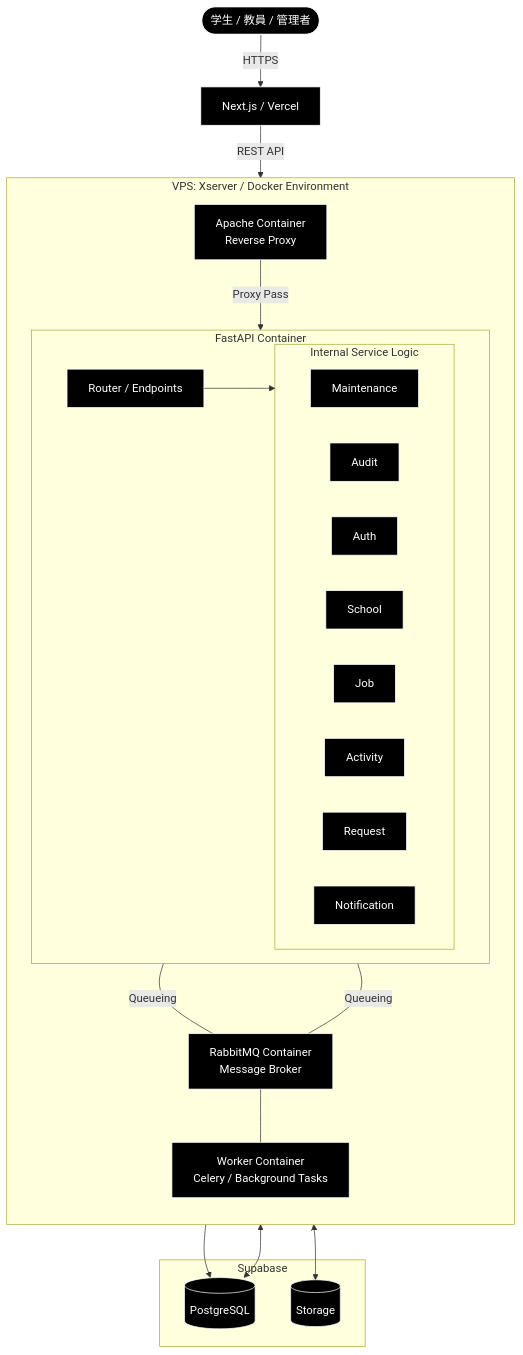
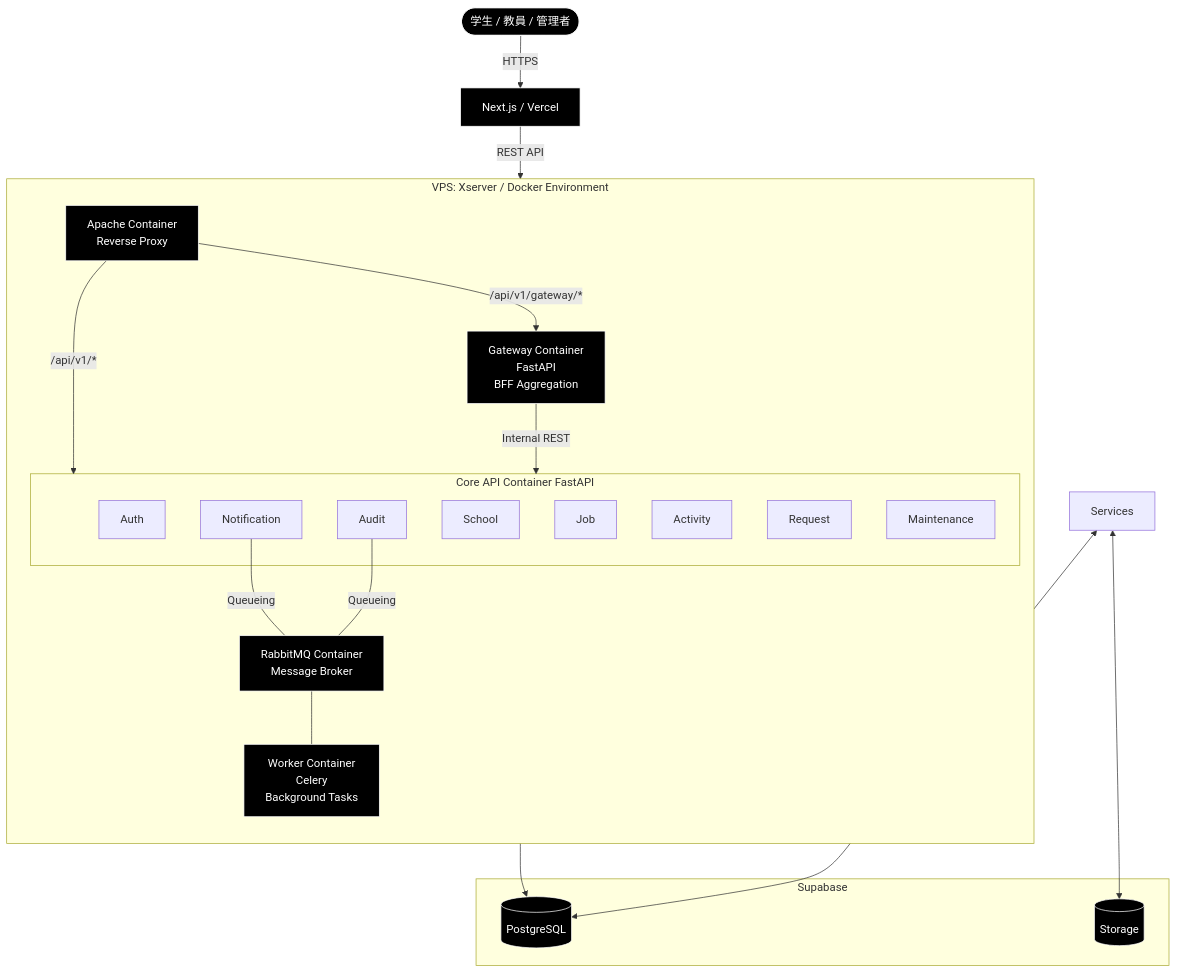
Before and after one commit to torakiti-1128/senlink: the diagram in docs/03_BASIC_DESIGN/01_SYSTEM_CONFIGURATION/01_ARCHITECTURE.md, drawn with Mermaid. The commit also changed other lines of this file, not shown here.

````diff
--- a/docs/03_BASIC_DESIGN/01_SYSTEM_CONFIGURATION/01_ARCHITECTURE.md
+++ b/docs/03_BASIC_DESIGN/01_SYSTEM_CONFIGURATION/01_ARCHITECTURE.md
@@ -7,65 +15,69 @@
 ```mermaid
 graph TB
     %% スタイル定義（黒塗＋白文字＋白枠）
     classDef user fill:#000,stroke:#fff,color:#fff,stroke-width:1px;
     classDef frontend fill:#000,stroke:#fff,color:#fff,stroke-width:1px;
     classDef container fill:#000,stroke:#fff,color:#fff,stroke-width:1px;
     classDef internal fill:#000,stroke:#fff,color:#fff,stroke-width:1px;
     classDef supabase fill:#000,stroke:#fff,color:#fff,stroke-width:1px;
     classDef mq fill:#000,stroke:#fff,color:#fff,stroke-width:1px;
 
     %% ユーザー層
     User([学生 / 教員 / 管理者]):::user
 
     %% フロントエンド層
     Vercel[Next.js / Vercel]:::frontend
 
     %% VPS内部 (Docker Compose)
     subgraph Xserver_VPS [VPS: Xserver / Docker Environment]
         direction TB
-        
+
         Apache[Apache Container<br/>Reverse Proxy]:::container
-        
-        subgraph FastAPI_App [FastAPI Container]
-            direction LR
-            API_Router[Router / Endpoints]:::container
-            
-            subgraph Services [Internal Service Logic]
-                Mnt[Maintenance]:::internal
-                Aud[Audit]:::internal
-                Ath[Auth]:::internal
-                Sch[School]:::internal
-                Job[Job]:::internal
-                Act[Activity]:::internal
-                Req[Request]:::internal
-                Not[Notification]:::internal
-            end
+
+        %% Gateway（BFF）
+        Gateway["Gateway Container<br/>FastAPI<br/>BFF Aggregation"]:::container
+
+        %% Core API（基礎API）
+        subgraph CoreAPI ["Core API Container FastAPI"]
+                Ath[Auth]
+                Sch[School]
+                Job[Job]
+                Act[Activity]
+                Req[Request]
+                Not[Notification]
+                Aud[Audit]
+                Mnt[Maintenance]
         end
 
-        RabbitMQ[RabbitMQ Container<br/>Message Broker]:::mq
-        Worker[Worker Container<br/>Celery / Background Tasks]:::mq
+        RabbitMQ["RabbitMQ Container<br/>Message Broker"]:::mq
+        Worker["Worker Container<br/>Celery<br/>Background Tasks"]:::mq
     end
 
     %% 外部基盤 (Supabase)
     subgraph Supabase_Cloud [Supabase]
         DB[(PostgreSQL)]:::supabase
         Storage[(Storage)]:::supabase
     end
 
     %% 接続関係
     User -->|HTTPS| Vercel
     Vercel -->|REST API| Apache
-    Apache -->|Proxy Pass| API_Router
-    
-    %% FastAPI内部
-    API_Router --> Services
+
+    %% Apache ルーティング
+    Apache -->|/api/v1/*| CoreAPI
+    Apache -->|/api/v1/gateway/*| Gateway
+
+    %% Gateway -> Core API（内部HTTP呼び出し）
+    Gateway -->|Internal REST| CoreAPI
+
+    %% Core API -> Data
     Services <--> DB
     Services <--> Storage
 
-    %% 非同期処理フロー
+    %% 非同期処理フロー（Core API / Worker）
     Not ---|Queueing| RabbitMQ
     Aud ---|Queueing| RabbitMQ
     RabbitMQ --- Worker
     Worker --> DB
 
 ```
````
